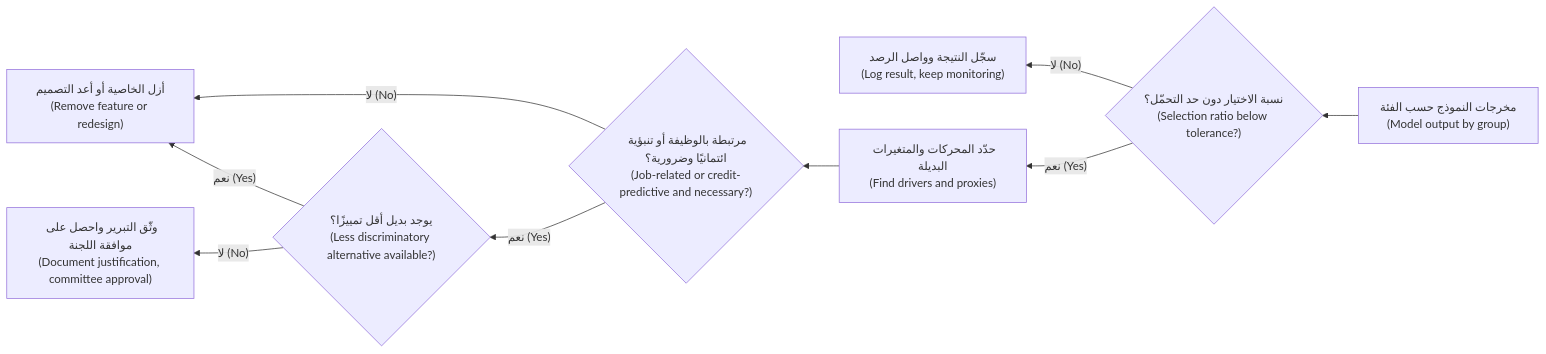
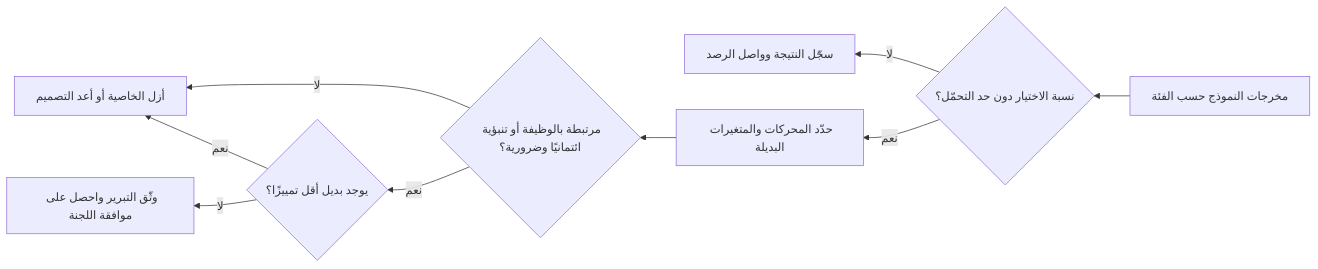
The first of 2 diagrams in aigp/modules/05-other-laws.ar.md (Tamoura/system-design-for-vibe-coders), drawn with Mermaid before and after one commit. The commit also changed other lines of this file and 551 other files, not shown here.

````diff
--- a/aigp/modules/05-other-laws.ar.md
+++ b/aigp/modules/05-other-laws.ar.md
@@ -89,11 +89,11 @@
 ```mermaid
 flowchart RL
-    A["مخرجات النموذج حسب الفئة<br/>(Model output by group)"] --> B{"نسبة الاختيار دون حد التحمّل؟<br/>(Selection ratio below tolerance?)"}
-    B -- "لا (No)" --> C["سجّل النتيجة وواصل الرصد<br/>(Log result, keep monitoring)"]
-    B -- "نعم (Yes)" --> D["حدّد المحركات والمتغيرات البديلة<br/>(Find drivers and proxies)"]
-    D --> E{"مرتبطة بالوظيفة أو تنبؤية ائتمانيًا وضرورية؟<br/>(Job-related or credit-predictive and necessary?)"}
-    E -- "لا (No)" --> F["أزل الخاصية أو أعد التصميم<br/>(Remove feature or redesign)"]
-    E -- "نعم (Yes)" --> G{"يوجد بديل أقل تمييزًا؟<br/>(Less discriminatory alternative available?)"}
-    G -- "نعم (Yes)" --> F
-    G -- "لا (No)" --> H["وثّق التبرير واحصل على موافقة اللجنة<br/>(Document justification, committee approval)"]
+    A["مخرجات النموذج حسب الفئة"] --> B{"نسبة الاختيار دون حد التحمّل؟"}
+    B -- "لا" --> C["سجّل النتيجة وواصل الرصد"]
+    B -- "نعم" --> D["حدّد المحركات والمتغيرات البديلة"]
+    D --> E{"مرتبطة بالوظيفة أو تنبؤية ائتمانيًا وضرورية؟"}
+    E -- "لا" --> F["أزل الخاصية أو أعد التصميم"]
+    E -- "نعم" --> G{"يوجد بديل أقل تمييزًا؟"}
+    G -- "نعم" --> F
+    G -- "لا" --> H["وثّق التبرير واحصل على موافقة اللجنة"]
 ```
````
